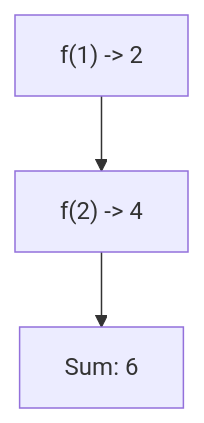
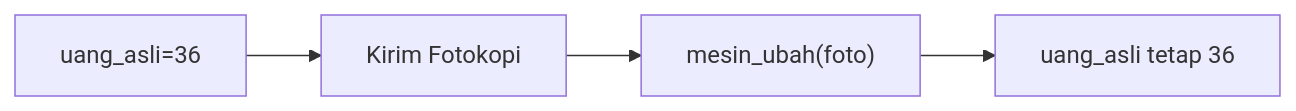
The seventh of 25 diagrams in part-c-pemahaman-cpp/04-fungsi/latihan/set-05.md (amnahwaida/OSNK_INF_PREP), drawn with Mermaid before and after one commit. The commit also changed other lines of this file and 71 other files, not shown here.

````diff
--- a/part-c-pemahaman-cpp/04-fungsi/latihan/set-05.md
+++ b/part-c-pemahaman-cpp/04-fungsi/latihan/set-05.md
@@ -181,5 +189,6 @@
 ```mermaid
-graph TD
-A["f(1) -> 2"] --> B["f(2) -> 4"]
-B --> C["Sum: 6"]
+graph LR
+A["uang_asli=36"] --> B["Kirim Fotokopi"]
+B --> C["mesin_ubah(foto)"]
+C --> D["uang_asli tetap 36"]
 ```
````
